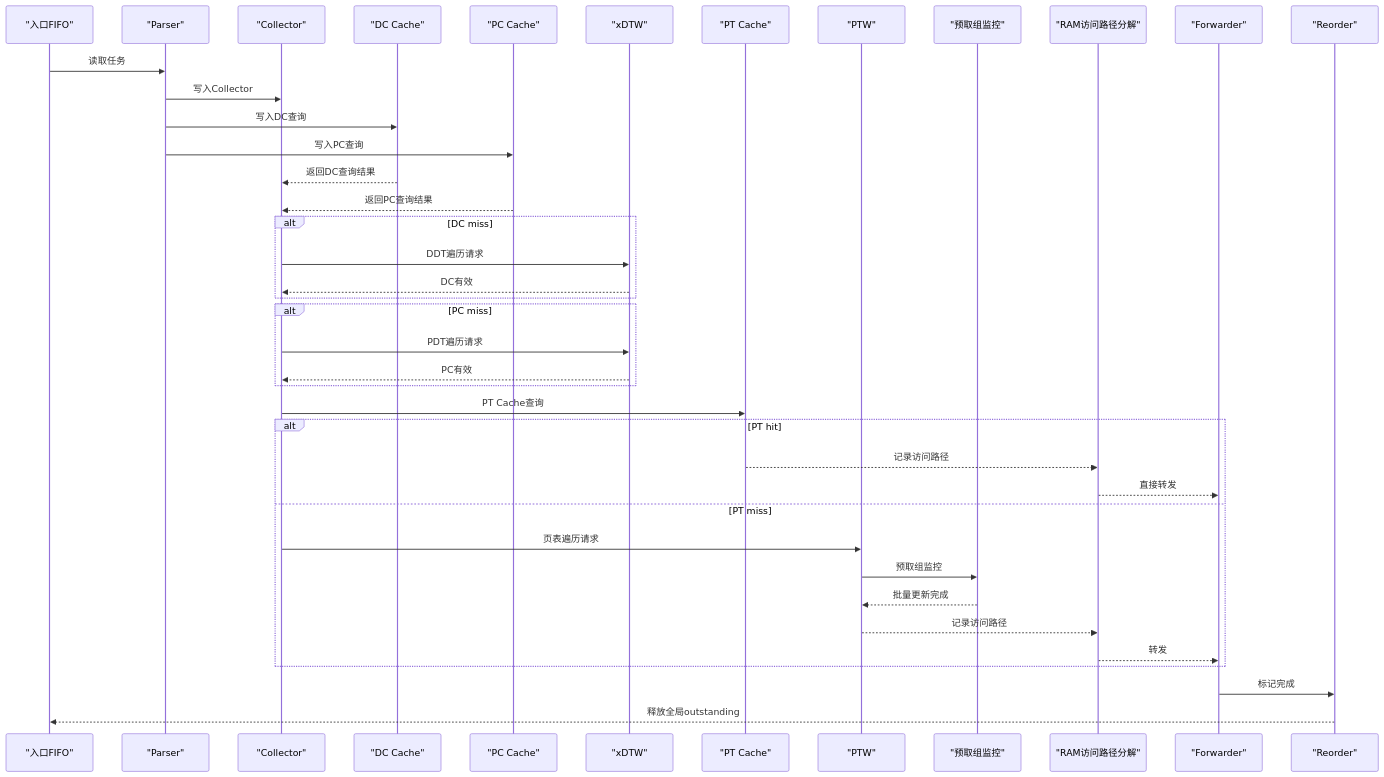
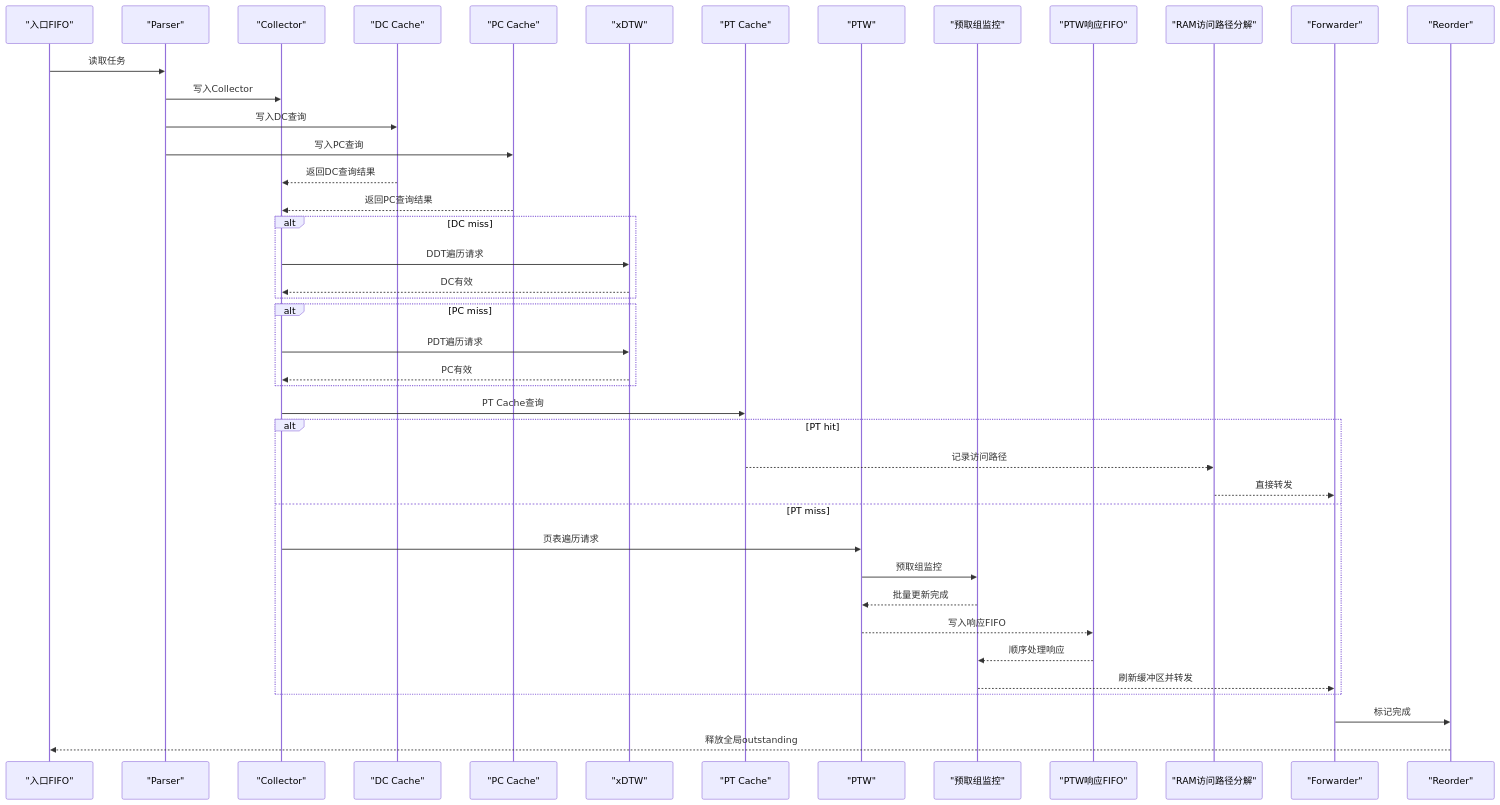
Before and after one commit to jiangjiang1122/iommu_model_20260401_v1: the second of 19 diagrams in .qoder/repowiki/zh/content/性能模型实现/性能模型实现.md, drawn with Mermaid. The commit also changed other lines of this file and 6 other files, not shown here.

````diff
--- a/.qoder/repowiki/zh/content/性能模型实现/性能模型实现.md
+++ b/.qoder/repowiki/zh/content/性能模型实现/性能模型实现.md
@@ -165,42 +177,44 @@
 ```mermaid
 sequenceDiagram
 participant IN as "入口FIFO"
 participant P as "Parser"
 participant C as "Collector"
 participant DC as "DC Cache"
 participant PC as "PC Cache"
 participant X as "xDTW"
 participant PT as "PT Cache"
 participant PW as "PTW"
 participant MON as "预取组监控"
+participant RESP as "PTW响应FIFO"
 participant RAM as "RAM访问路径分解"
 participant F as "Forwarder"
 participant R as "Reorder"
 IN->>P : 读取任务
 P->>C : 写入Collector
 P->>DC : 写入DC查询
 P->>PC : 写入PC查询
 DC-->>C : 返回DC查询结果
 PC-->>C : 返回PC查询结果
 alt DC miss
 C->>X : DDT遍历请求
 X-->>C : DC有效
 end
 alt PC miss
 C->>X : PDT遍历请求
 X-->>C : PC有效
 end
 C->>PT : PT Cache查询
 alt PT hit
 PT-->>RAM : 记录访问路径
 RAM-->>F : 直接转发
 else PT miss
 C->>PW : 页表遍历请求
 PW->>MON : 预取组监控
 MON-->>PW : 批量更新完成
-PW-->>RAM : 记录访问路径
-RAM-->>F : 转发
+PW-->>RESP : 写入响应FIFO
+RESP-->>MON : 顺序处理响应
+MON-->>F : 刷新缓冲区并转发
 end
 F->>R : 标记完成
 R-->>IN : 释放全局outstanding
 ```
````
